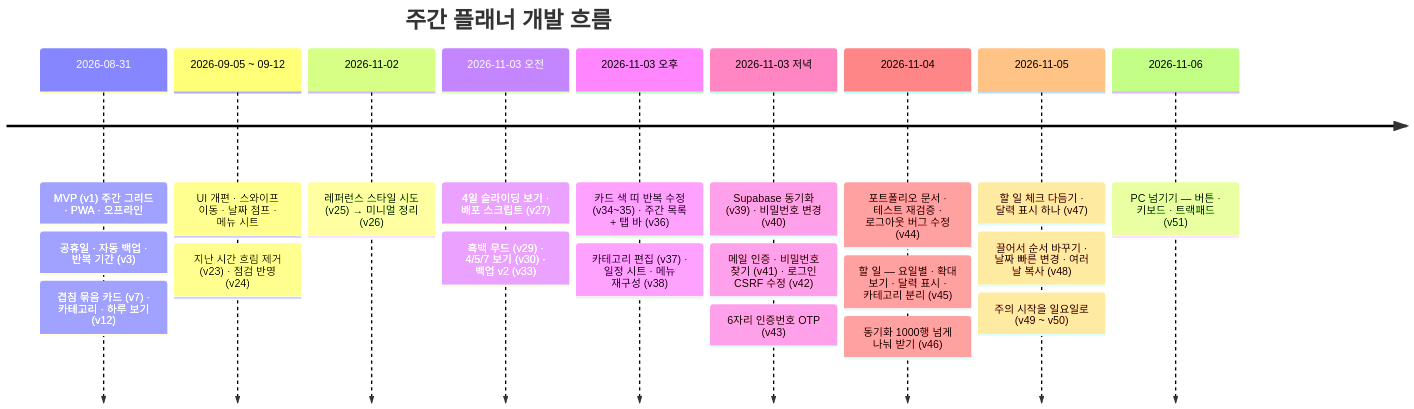
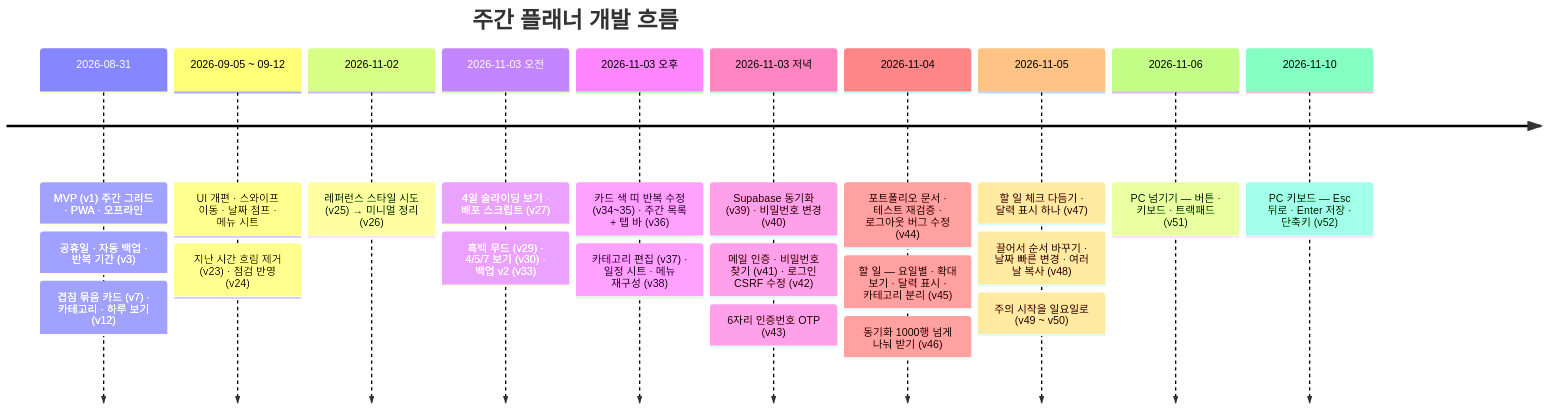
Before and after one commit to jmg0929/weekly-planner: the second of 2 diagrams in docs/README.md, drawn with Mermaid. The commit also changed other lines of this file and 8 other files, not shown here.

Commit message:
PC keyboard - Esc to go back, Enter and Ctrl+Enter to save, N T 1 2 3 shortcuts, docs

````diff
--- a/docs/README.md
+++ b/docs/README.md
@@ -122,24 +122,25 @@
 ```mermaid
 timeline
   title 주간 플래너 개발 흐름
   2026-08-31 : MVP (v1) 주간 그리드 · PWA · 오프라인
              : 공휴일 · 자동 백업 · 반복 기간 (v3)
              : 겹침 묶음 카드 (v7) · 카테고리 · 하루 보기 (v12)
   2026-09-05 ~ 09-12 : UI 개편 · 스와이프 이동 · 날짜 점프 · 메뉴 시트
                      : 지난 시간 흐림 제거 (v23) · 점검 반영 (v24)
   2026-11-02 : 레퍼런스 스타일 시도 (v25) → 미니멀 정리 (v26)
   2026-11-03 오전 : 4일 슬라이딩 보기 · 배포 스크립트 (v27)
                  : 흑백 무드 (v29) · 4/5/7 보기 (v30) · 백업 v2 (v33)
   2026-11-03 오후 : 카드 색 띠 반복 수정 (v34~35) · 주간 목록 + 탭 바 (v36)
                  : 카테고리 편집 (v37) · 일정 시트 · 메뉴 재구성 (v38)
   2026-11-03 저녁 : Supabase 동기화 (v39) · 비밀번호 변경 (v40)
                  : 메일 인증 · 비밀번호 찾기 (v41) · 로그인 CSRF 수정 (v42)
                  : 6자리 인증번호 OTP (v43)
   2026-11-04 : 포트폴리오 문서 · 테스트 재검증 · 로그아웃 버그 수정 (v44)
              : 할 일 — 요일별 · 확대 보기 · 달력 표시 · 카테고리 분리 (v45)
              : 동기화 1000행 넘게 나눠 받기 (v46)
   2026-11-05 : 할 일 체크 다듬기 · 달력 표시 하나 (v47)
              : 끌어서 순서 바꾸기 · 날짜 빠른 변경 · 여러 날 복사 (v48)
              : 주의 시작을 일요일로 (v49 ~ v50)
   2026-11-06 : PC 넘기기 — 버튼 · 키보드 · 트랙패드 (v51)
+  2026-11-10 : PC 키보드 — Esc 뒤로 · Enter 저장 · 단축키 (v52)
 ```
````
